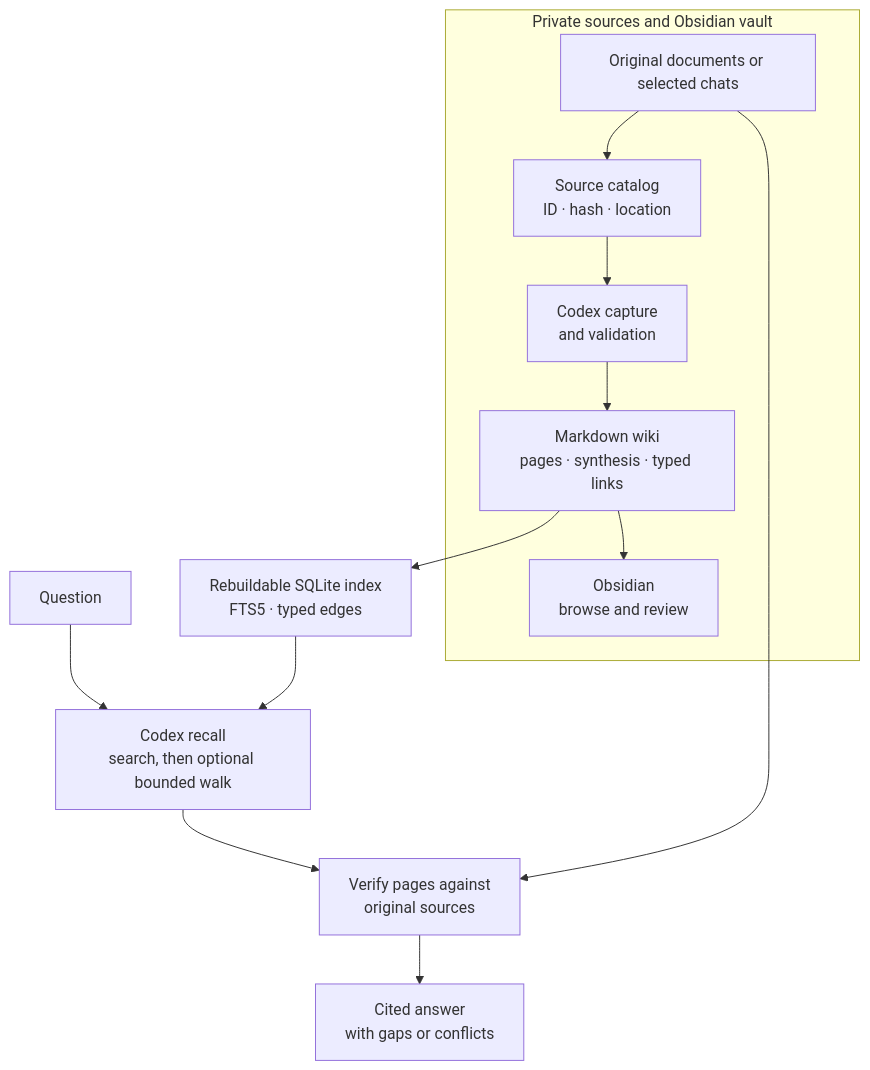
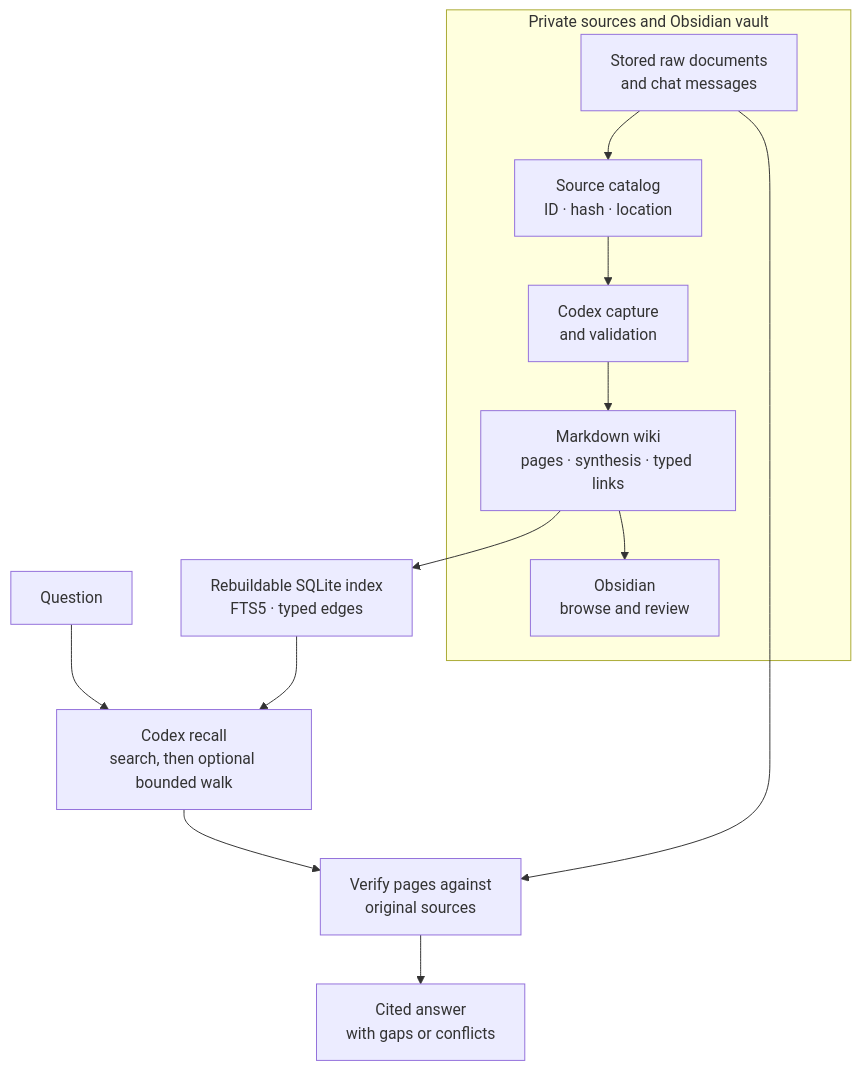
Before and after one commit to hibaa8/ai-second-brain: the diagram in README.md, drawn with Mermaid. The commit also changed other lines of this file and 1 other file, not shown here.

Commit message:
Document raw archive and chat import workflow

````diff
--- a/README.md
+++ b/README.md
@@ -9,16 +9,16 @@
 ```mermaid
 flowchart TB
     subgraph private["Private sources and Obsidian vault"]
-        S["Original documents or selected chats"] --> C["Source catalog<br/>ID · hash · location"]
+        S["Stored raw documents<br/>and chat messages"] --> C["Source catalog<br/>ID · hash · location"]
         C --> W["Codex capture<br/>and validation"]
         W --> M["Markdown wiki<br/>pages · synthesis · typed links"]
         M --> O["Obsidian<br/>browse and review"]
     end
 
     M --> I["Rebuildable SQLite index<br/>FTS5 · typed edges"]
     Q["Question"] --> R["Codex recall<br/>search, then optional bounded walk"]
     I --> R
     R --> V["Verify pages against<br/>original sources"]
     S --> V
     V --> A["Cited answer<br/>with gaps or conflicts"]
 ```
````
